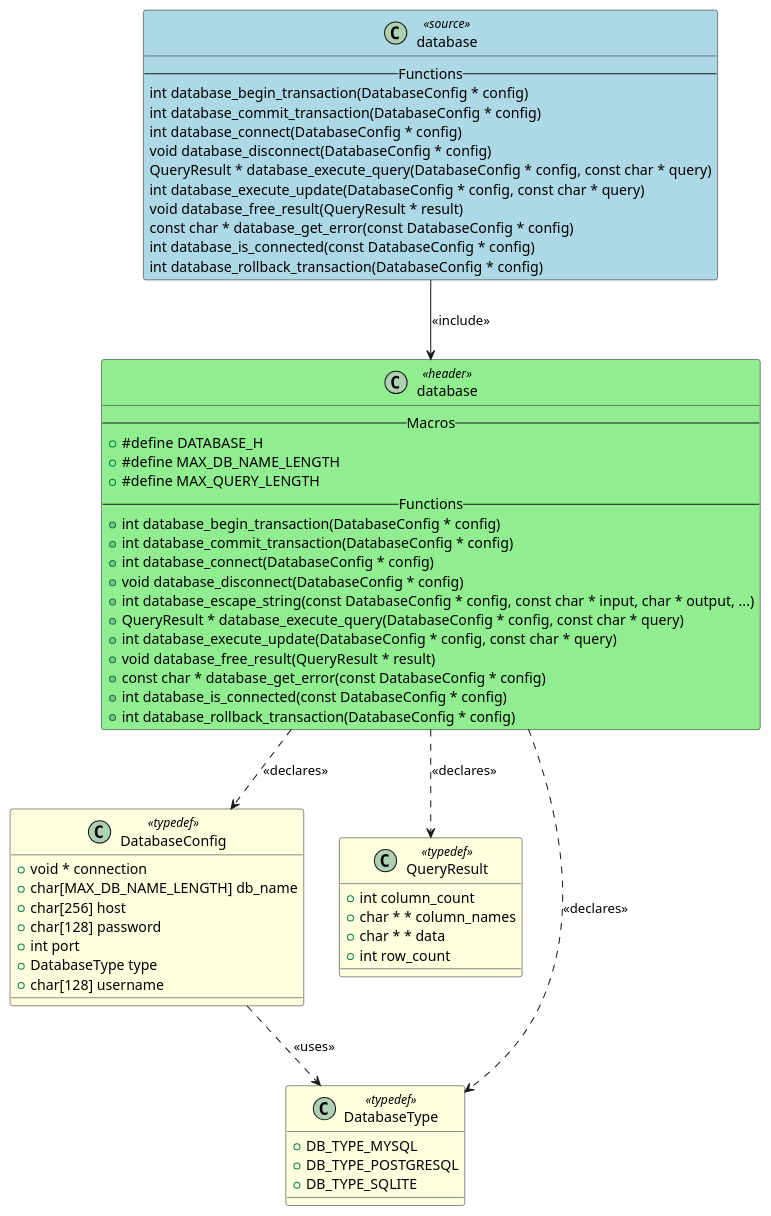
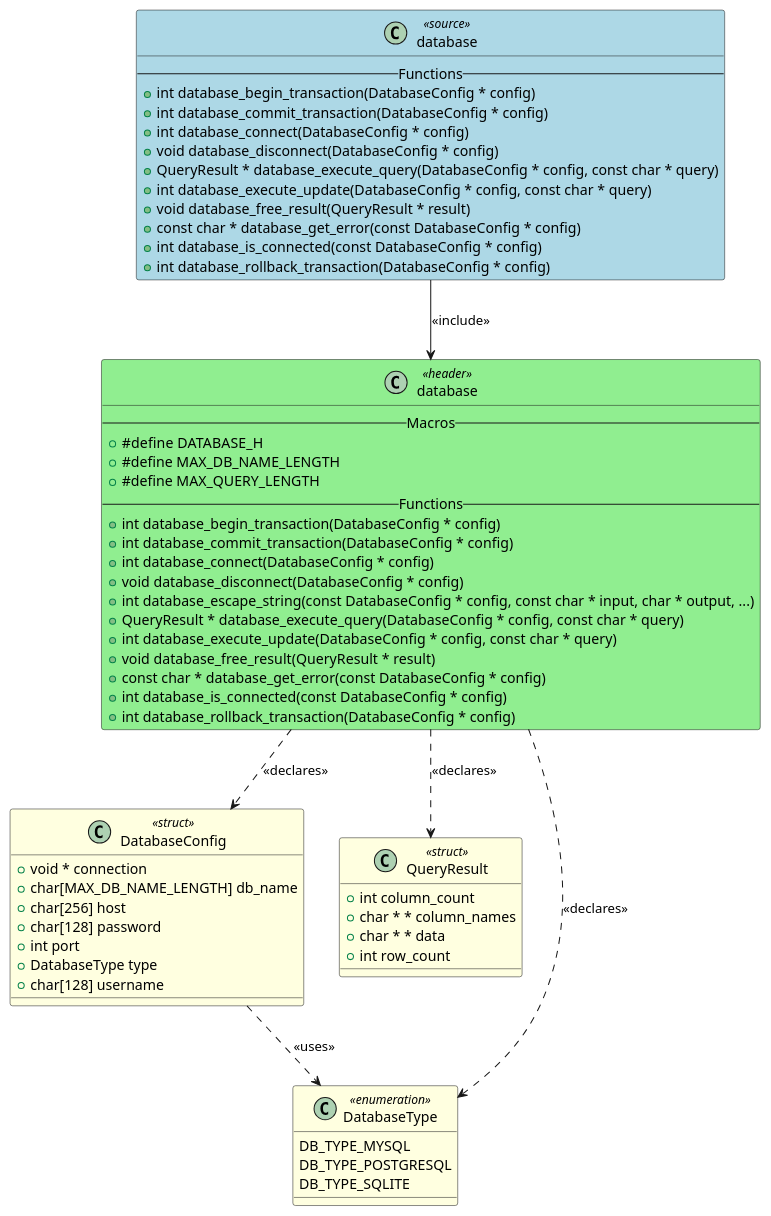
The diagram in artifacts/output_example/database.puml (fischerjooo/c2puml), drawn with PlantUML before and after one commit. The commit also changed 31 other files, not shown here.

Commit message:
Enhance UML diagram generation with stereotypes and visibility detection

```diff
--- a/artifacts/output_example/database.puml
+++ b/artifacts/output_example/database.puml
@@ -1,76 +1,76 @@
 @startuml database
 
 class "database" as DATABASE <<source>> #LightBlue
 {
     -- Functions --
-    int database_begin_transaction(DatabaseConfig * config)
-    int database_commit_transaction(DatabaseConfig * config)
-    int database_connect(DatabaseConfig * config)
-    void database_disconnect(DatabaseConfig * config)
-    QueryResult * database_execute_query(DatabaseConfig * config, const char * query)
-    int database_execute_update(DatabaseConfig * config, const char * query)
-    void database_free_result(QueryResult * result)
-    const char * database_get_error(const DatabaseConfig * config)
-    int database_is_connected(const DatabaseConfig * config)
-    int database_rollback_transaction(DatabaseConfig * config)
+    + int database_begin_transaction(DatabaseConfig * config)
+    + int database_commit_transaction(DatabaseConfig * config)
+    + int database_connect(DatabaseConfig * config)
+    + void database_disconnect(DatabaseConfig * config)
+    + QueryResult * database_execute_query(DatabaseConfig * config, const char * query)
+    + int database_execute_update(DatabaseConfig * config, const char * query)
+    + void database_free_result(QueryResult * result)
+    + const char * database_get_error(const DatabaseConfig * config)
+    + int database_is_connected(const DatabaseConfig * config)
+    + int database_rollback_transaction(DatabaseConfig * config)
 }
 
 class "database" as HEADER_DATABASE <<header>> #LightGreen
 {
     -- Macros --
     + #define DATABASE_H
     + #define MAX_DB_NAME_LENGTH
     + #define MAX_QUERY_LENGTH
     -- Functions --
     + int database_begin_transaction(DatabaseConfig * config)
     + int database_commit_transaction(DatabaseConfig * config)
     + int database_connect(DatabaseConfig * config)
     + void database_disconnect(DatabaseConfig * config)
     + int database_escape_string(const DatabaseConfig * config, const char * input, char * output, ...)
     + QueryResult * database_execute_query(DatabaseConfig * config, const char * query)
     + int database_execute_update(DatabaseConfig * config, const char * query)
     + void database_free_result(QueryResult * result)
     + const char * database_get_error(const DatabaseConfig * config)
     + int database_is_connected(const DatabaseConfig * config)
     + int database_rollback_transaction(DatabaseConfig * config)
 }
 
-class "DatabaseConfig" as TYPEDEF_DATABASECONFIG <<typedef>> #LightYellow
+class "DatabaseConfig" as TYPEDEF_DATABASECONFIG <<struct>> #LightYellow
 {
     + void * connection
     + char[MAX_DB_NAME_LENGTH] db_name
     + char[256] host
     + char[128] password
     + int port
     + DatabaseType type
     + char[128] username
 }
 
-class "QueryResult" as TYPEDEF_QUERYRESULT <<typedef>> #LightYellow
+class "QueryResult" as TYPEDEF_QUERYRESULT <<struct>> #LightYellow
 {
     + int column_count
     + char * * column_names
     + char * * data
     + int row_count
 }
 
-class "DatabaseType" as TYPEDEF_DATABASETYPE <<typedef>> #LightYellow
+class "DatabaseType" as TYPEDEF_DATABASETYPE <<enumeration>> #LightYellow
 {
-    + DB_TYPE_MYSQL
-    + DB_TYPE_POSTGRESQL
-    + DB_TYPE_SQLITE
+    DB_TYPE_MYSQL
+    DB_TYPE_POSTGRESQL
+    DB_TYPE_SQLITE
 }
 
 
 ' Include relationships
 DATABASE --> HEADER_DATABASE : <<include>>
 
 ' Declaration relationships
 HEADER_DATABASE ..> TYPEDEF_DATABASECONFIG : <<declares>>
 HEADER_DATABASE ..> TYPEDEF_QUERYRESULT : <<declares>>
 HEADER_DATABASE ..> TYPEDEF_DATABASETYPE : <<declares>>
 
 ' Uses relationships
 TYPEDEF_DATABASECONFIG ..> TYPEDEF_DATABASETYPE : <<uses>>
 
 @enduml
```
